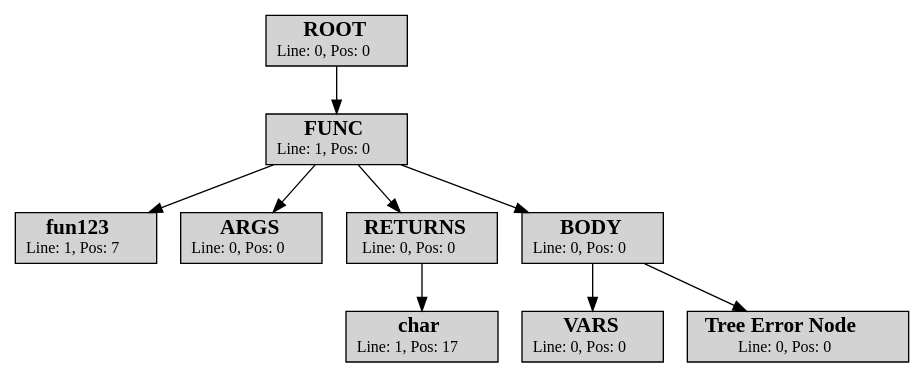
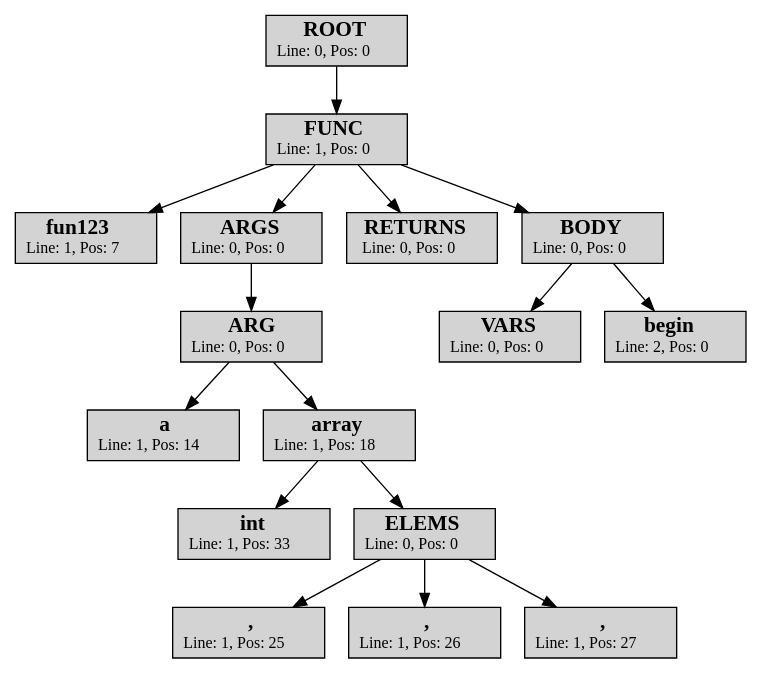
One commit to klephron/itmo changed the diagram in Year-5/System-software/lab-1/io/output.dot. Above: the diagram before and after it, drawn with Graphviz. The commit also changed 4 other files, not shown here.

```diff
--- a/Year-5/System-software/lab-1/io/output.dot
+++ b/Year-5/System-software/lab-1/io/output.dot
@@ -1,20 +1,34 @@
 strict digraph AST{
 node [shape=rect, style=filled]
 id_1[label=< <FONT POINT-SIZE="16"><b>ROOT</b></FONT><br/><FONT POINT-SIZE="12">Line: 0, Pos: 0</FONT> >]
 id_2[label=< <FONT POINT-SIZE="16"><b>FUNC</b></FONT><br/><FONT POINT-SIZE="12">Line: 1, Pos: 0</FONT> >]
 id_3[label=< <FONT POINT-SIZE="16"><b>fun123</b></FONT><br/><FONT POINT-SIZE="12">Line: 1, Pos: 7</FONT> >]
 id_4[label=< <FONT POINT-SIZE="16"><b>ARGS</b></FONT><br/><FONT POINT-SIZE="12">Line: 0, Pos: 0</FONT> >]
-id_5[label=< <FONT POINT-SIZE="16"><b>RETURNS</b></FONT><br/><FONT POINT-SIZE="12">Line: 0, Pos: 0</FONT> >]
-id_6[label=< <FONT POINT-SIZE="16"><b>char</b></FONT><br/><FONT POINT-SIZE="12">Line: 1, Pos: 17</FONT> >]
-id_7[label=< <FONT POINT-SIZE="16"><b>BODY</b></FONT><br/><FONT POINT-SIZE="12">Line: 0, Pos: 0</FONT> >]
-id_8[label=< <FONT POINT-SIZE="16"><b>VARS</b></FONT><br/><FONT POINT-SIZE="12">Line: 0, Pos: 0</FONT> >]
-id_9[label=< <FONT POINT-SIZE="16"><b>Tree Error Node</b></FONT><br/><FONT POINT-SIZE="12">Line: 0, Pos: 0</FONT> >]
+id_5[label=< <FONT POINT-SIZE="16"><b>ARG</b></FONT><br/><FONT POINT-SIZE="12">Line: 0, Pos: 0</FONT> >]
+id_6[label=< <FONT POINT-SIZE="16"><b>a</b></FONT><br/><FONT POINT-SIZE="12">Line: 1, Pos: 14</FONT> >]
+id_7[label=< <FONT POINT-SIZE="16"><b>array</b></FONT><br/><FONT POINT-SIZE="12">Line: 1, Pos: 18</FONT> >]
+id_8[label=< <FONT POINT-SIZE="16"><b>int</b></FONT><br/><FONT POINT-SIZE="12">Line: 1, Pos: 33</FONT> >]
+id_9[label=< <FONT POINT-SIZE="16"><b>ELEMS</b></FONT><br/><FONT POINT-SIZE="12">Line: 0, Pos: 0</FONT> >]
+id_10[label=< <FONT POINT-SIZE="16"><b>,</b></FONT><br/><FONT POINT-SIZE="12">Line: 1, Pos: 25</FONT> >]
+id_11[label=< <FONT POINT-SIZE="16"><b>,</b></FONT><br/><FONT POINT-SIZE="12">Line: 1, Pos: 26</FONT> >]
+id_12[label=< <FONT POINT-SIZE="16"><b>,</b></FONT><br/><FONT POINT-SIZE="12">Line: 1, Pos: 27</FONT> >]
+id_13[label=< <FONT POINT-SIZE="16"><b>RETURNS</b></FONT><br/><FONT POINT-SIZE="12">Line: 0, Pos: 0</FONT> >]
+id_14[label=< <FONT POINT-SIZE="16"><b>BODY</b></FONT><br/><FONT POINT-SIZE="12">Line: 0, Pos: 0</FONT> >]
+id_15[label=< <FONT POINT-SIZE="16"><b>VARS</b></FONT><br/><FONT POINT-SIZE="12">Line: 0, Pos: 0</FONT> >]
+id_16[label=< <FONT POINT-SIZE="16"><b>begin</b></FONT><br/><FONT POINT-SIZE="12">Line: 2, Pos: 0</FONT> >]
 id_2 -> id_3
+id_5 -> id_6
+id_7 -> id_8
+id_9 -> id_10
+id_9 -> id_11
+id_9 -> id_12
+id_7 -> id_9
+id_5 -> id_7
+id_4 -> id_5
 id_2 -> id_4
-id_5 -> id_6
-id_2 -> id_5
-id_7 -> id_8
-id_7 -> id_9
-id_2 -> id_7
+id_2 -> id_13
+id_14 -> id_15
+id_14 -> id_16
+id_2 -> id_14
 id_1 -> id_2
 }
```
